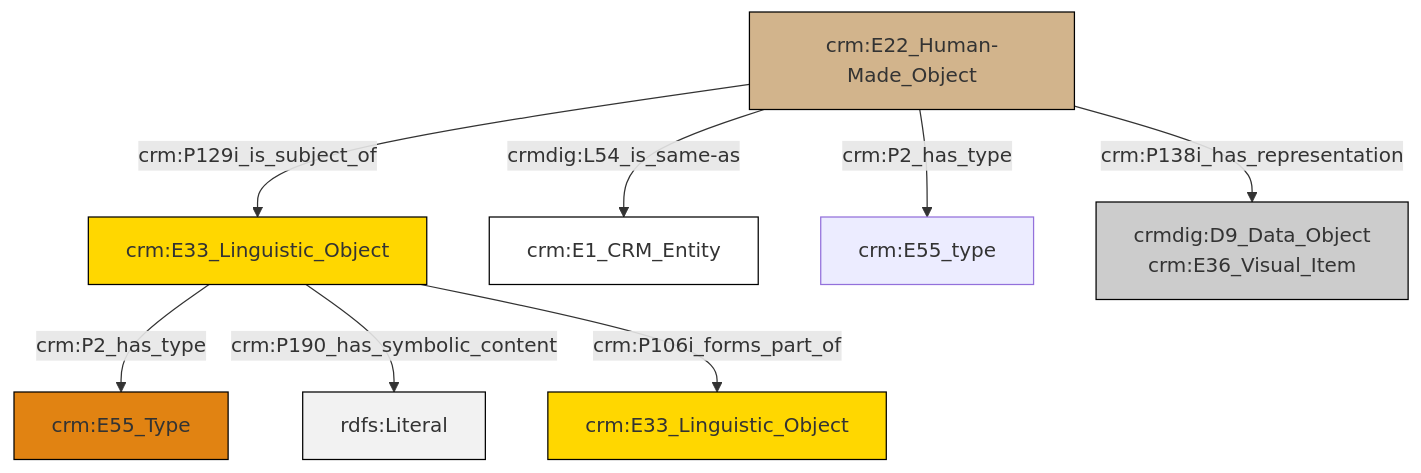
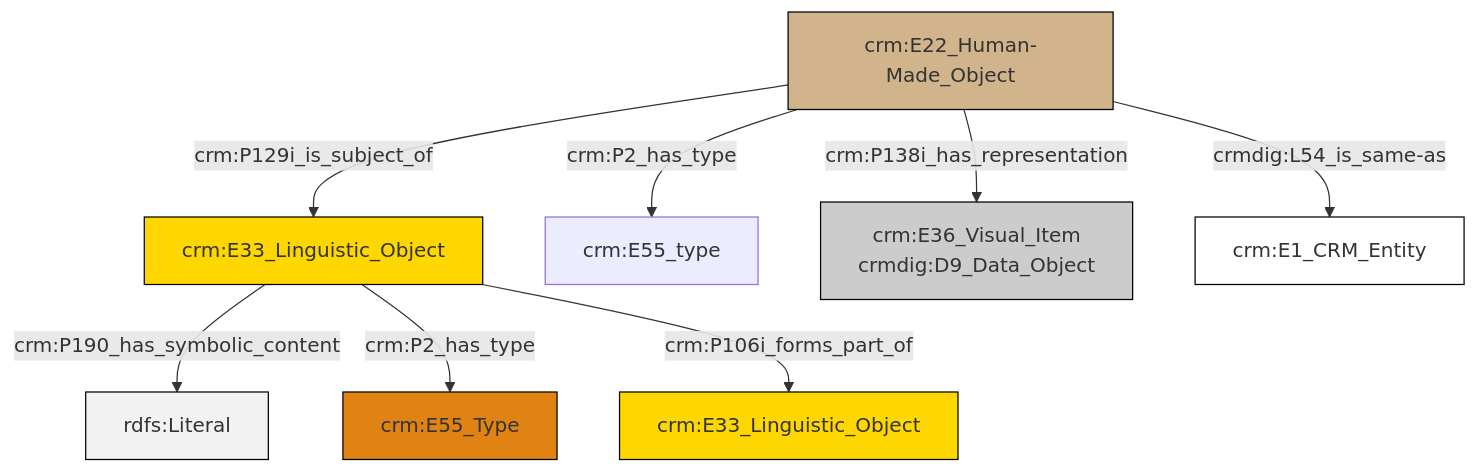
Before and after one commit to swiss-art-research-net/reference-data-models: the diagram in et/artworkCSV/ttl/mmd/Artwork_Documentation.ttl.mmd, drawn with Mermaid. The commit also changed 131 other files, not shown here.

```diff
--- a/et/artworkCSV/ttl/mmd/Artwork_Documentation.ttl.mmd
+++ b/et/artworkCSV/ttl/mmd/Artwork_Documentation.ttl.mmd
@@ -1,22 +1,22 @@
 graph TD
 classDef Literal fill:#f2f2f2,stroke:#000000;
 classDef CRM_Entity fill:#FFFFFF,stroke:#000000;
 classDef Temporal_Entity fill:#00C9E6, stroke:#000000;
 classDef Type fill:#E18312, stroke:#000000;
 classDef Time-Span fill:#2C9C91, stroke:#000000;
 classDef Appellation fill:#FFEB7F, stroke:#000000;
 classDef Place fill:#008836, stroke:#000000;
 classDef Persistent_Item fill:#B266B2, stroke:#000000;
 classDef Conceptual_Object fill:#FFD700, stroke:#000000;
 classDef Physical_Thing fill:#D2B48C, stroke:#000000;
 classDef Actor fill:#f58aad, stroke:#000000;
 classDef PC_Classes fill:#4ce600, stroke:#000000;
 classDef Multi fill:#cccccc,stroke:#000000;
 
-0["crm:E33_Linguistic_Object"]:::Conceptual_Object -->|crm:P2_has_type| 2["crm:E55_Type"]:::Type
-3["crm:E22_Human-Made_Object"]:::Physical_Thing -->|crm:P129i_is_subject_of| 0["crm:E33_Linguistic_Object"]:::Conceptual_Object
-0["crm:E33_Linguistic_Object"]:::Conceptual_Object -->|crm:P190_has_symbolic_content| 6[rdfs:Literal]:::Literal
-3["crm:E22_Human-Made_Object"]:::Physical_Thing -->|crmdig:L54_is_same-as| 4["crm:E1_CRM_Entity"]:::CRM_Entity
-0["crm:E33_Linguistic_Object"]:::Conceptual_Object -->|crm:P106i_forms_part_of| 14["crm:E33_Linguistic_Object"]:::Conceptual_Object
-3["crm:E22_Human-Made_Object"]:::Physical_Thing -->|crm:P2_has_type| 8["crm:E55_type"]:::Default
-3["crm:E22_Human-Made_Object"]:::Physical_Thing -->|crm:P138i_has_representation| 10["crmdig:D9_Data_Object<br>crm:E36_Visual_Item"]:::Multi
+0["crm:E22_Human-Made_Object"]:::Physical_Thing -->|crm:P129i_is_subject_of| 1["crm:E33_Linguistic_Object"]:::Conceptual_Object
+1["crm:E33_Linguistic_Object"]:::Conceptual_Object -->|crm:P190_has_symbolic_content| 2[rdfs:Literal]:::Literal
+1["crm:E33_Linguistic_Object"]:::Conceptual_Object -->|crm:P2_has_type| 7["crm:E55_Type"]:::Type
+0["crm:E22_Human-Made_Object"]:::Physical_Thing -->|crmdig:L54_is_same-as| 8["crm:E1_CRM_Entity"]:::CRM_Entity
+0["crm:E22_Human-Made_Object"]:::Physical_Thing -->|crm:P2_has_type| 3["crm:E55_type"]:::Default
+0["crm:E22_Human-Made_Object"]:::Physical_Thing -->|crm:P138i_has_representation| 5["crm:E36_Visual_Item<br>crmdig:D9_Data_Object"]:::Multi
+1["crm:E33_Linguistic_Object"]:::Conceptual_Object -->|crm:P106i_forms_part_of| 9["crm:E33_Linguistic_Object"]:::Conceptual_Object
```
